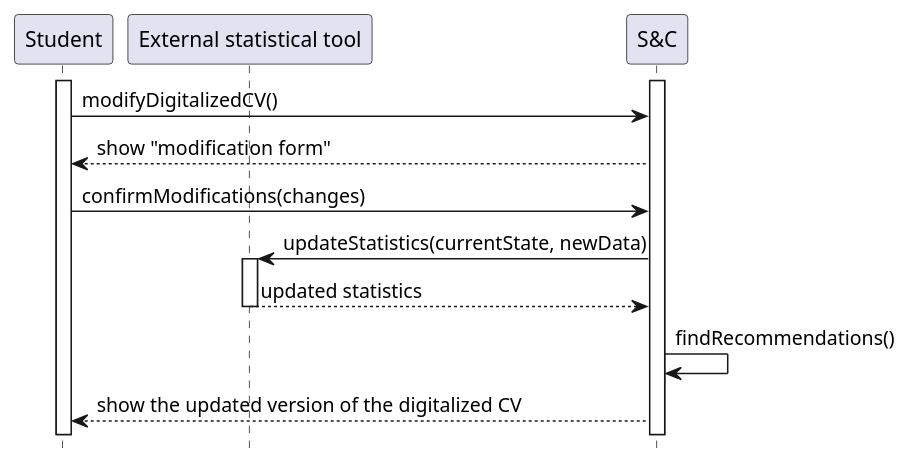
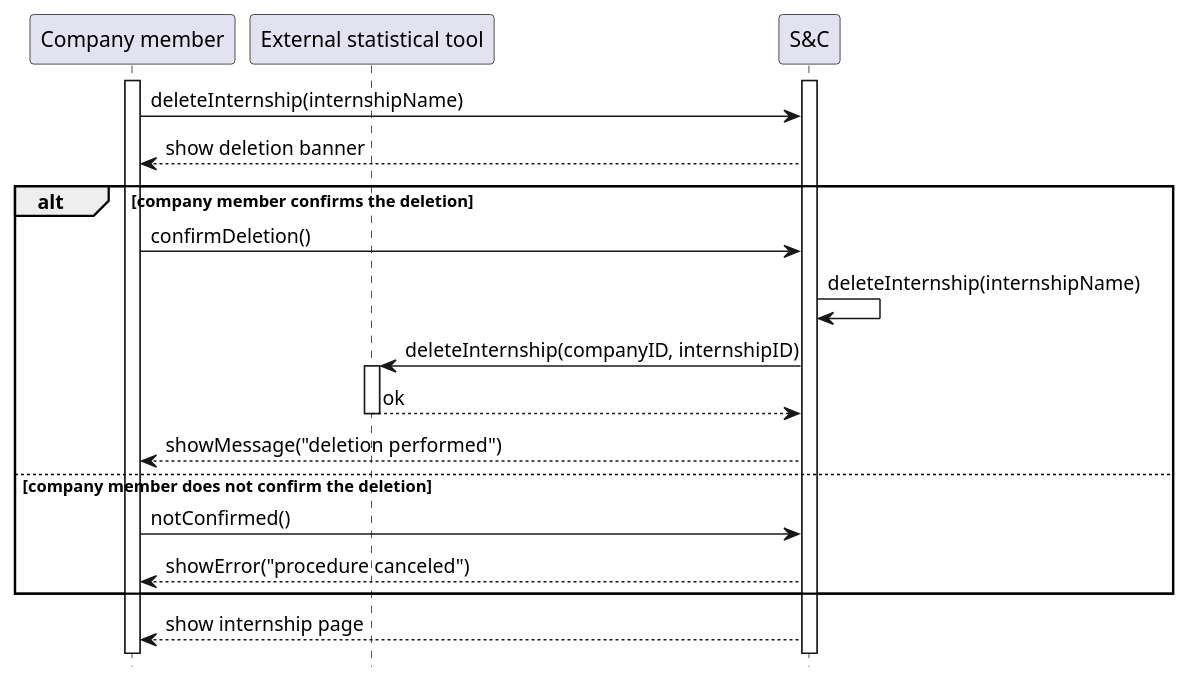
One commit to matti8702/R_and_DD_project_SE2 changed the diagram in RASD/Specific_requirements/uml_diagrams/UC9_diagram.puml. Above: the diagram before and after it, drawn with PlantUML. The commit also changed 32 other files, not shown here.

```diff
--- a/RASD/Specific_requirements/uml_diagrams/UC9_diagram.puml
+++ b/RASD/Specific_requirements/uml_diagrams/UC9_diagram.puml
@@ -1,19 +1,25 @@
 @startuml UC9_diagram
 hide footbox
 
-participant "Student" as ST
+participant "Company member" as CM
 participant "External statistical tool" AS EXT
 participant "S&C" AS S
 
 activate S
-activate ST
-ST -> S: modifyDigitalizedCV()
-S --> ST: show "modification form"
-ST -> S: confirmModifications(changes)
-S -> EXT: updateStatistics(currentState, newData)
-activate EXT
-EXT --> S: updated statistics
-deactivate EXT
-S -> S: findRecommendations()
-S --> ST: show the updated version of the digitalized CV
+activate CM
+CM -> S: deleteInternship(internshipName)
+S --> CM: show deletion banner
+alt company member confirms the deletion
+    CM -> S: confirmDeletion()
+    S -> S: deleteInternship(internshipName)
+    S -> EXT: deleteInternship(companyID, internshipID)
+    activate EXT
+    EXT --> S: ok
+    deactivate EXT
+    S --> CM: showMessage("deletion performed")
+else company member does not confirm the deletion
+    CM -> S: notConfirmed()
+    S --> CM: showError("procedure canceled")
+end
+S --> CM: show internship page
 @enduml
```
